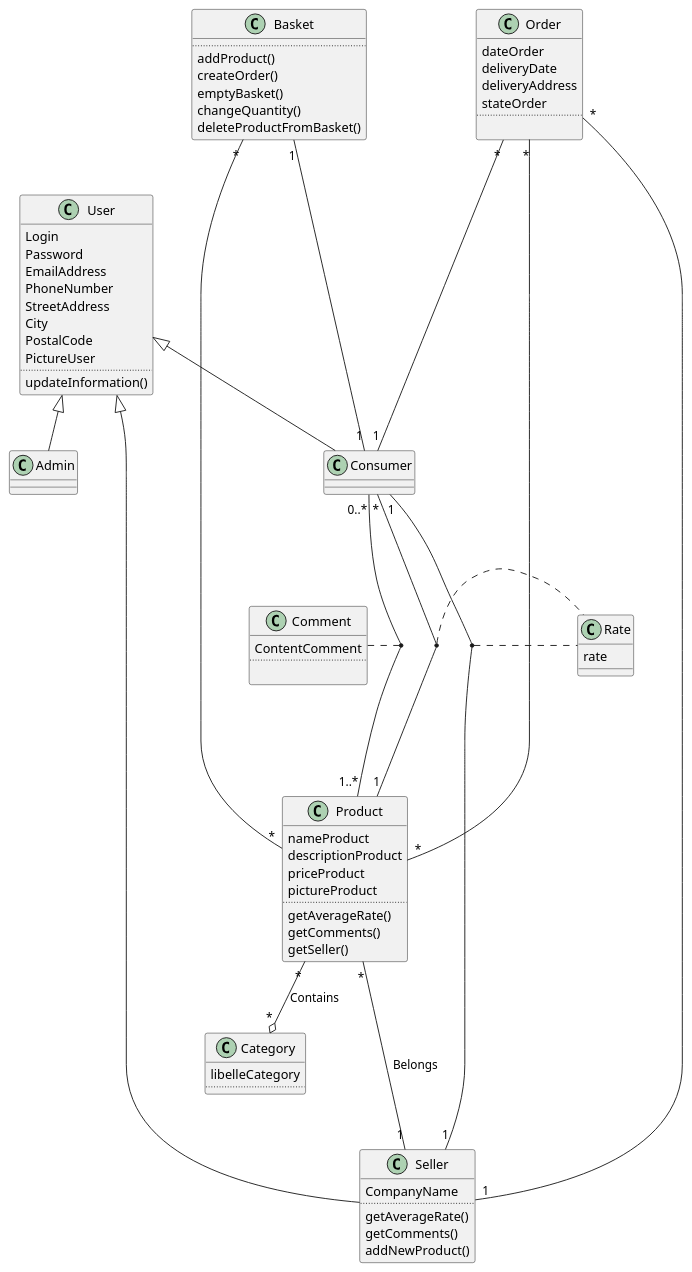
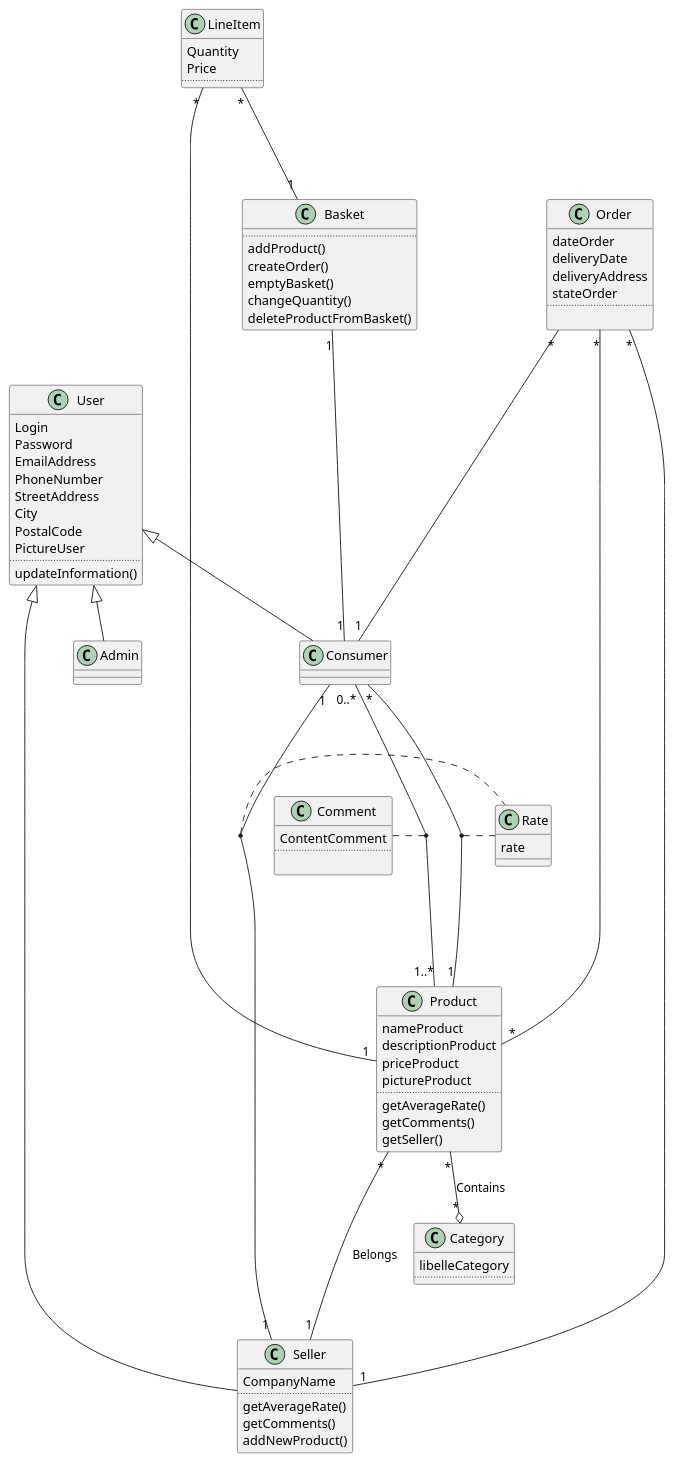
Before and after one commit to AnnaMasante/Mercat: the diagram in src/ClassDiagramm.puml, drawn with PlantUML. The commit also changed other lines of this file and 2 other files, not shown here.

Commit message:
add LineItem

```diff
--- a/src/ClassDiagramm.puml
+++ b/src/ClassDiagramm.puml
@@ -1,96 +1,105 @@
 @startuml
 
 class User {
     Login
     Password
     EmailAddress
     PhoneNumber
     StreetAddress
     City
     PostalCode
     PictureUser
     ..
     updateInformation()
 }
 
 class Consumer {
 }
 
 class Seller {
     CompanyName
     ..
     getAverageRate()
     getComments()
     addNewProduct()
 }
 
 class Admin {
 }
 
 class Comment {
     ContentComment
     ..
 
 }
 
 class Product {
     nameProduct
     descriptionProduct
     priceProduct
     pictureProduct
     ..
     getAverageRate()
     getComments()
     getSeller()
 }
 
 class Category {
     libelleCategory
     ..
 }
 
 class Order {
     dateOrder
     deliveryDate
     deliveryAddress
     stateOrder
     ..
 
 }
 
 class Basket {
     ..
     addProduct()
     createOrder()
     emptyBasket()
     changeQuantity()
     deleteProductFromBasket()
 }
 
 class Rate {
     rate
 }
 
+class LineItem {
+    Quantity
+    Price
+    ..
+ }
+
+
+
 User <|-- Consumer
 User <|-- Seller
 User <|-- Admin
 
 Consumer "0..*" --- "1..*" Product
 (Consumer, Product) .. Comment
 
 Consumer "*" --- "1" Product
 (Consumer, Product) .. Rate
 
 Consumer "1" --- "1" Seller
 (Consumer, Seller) .. Rate
 
 Product "*" --o "*" Category : Contains
 Product "*" --- "1" Seller : Belongs
 
 Order "*" --- "1" Consumer
 Order "*" --- "1" Seller
 Order "*" --- "*" Product
 
-Basket "*" --- "*" Product
+LineItem "*" --- "1" Basket
+LineItem "*" --- "1" Product
 Basket "1" --- "1" Consumer
 @enduml
```
